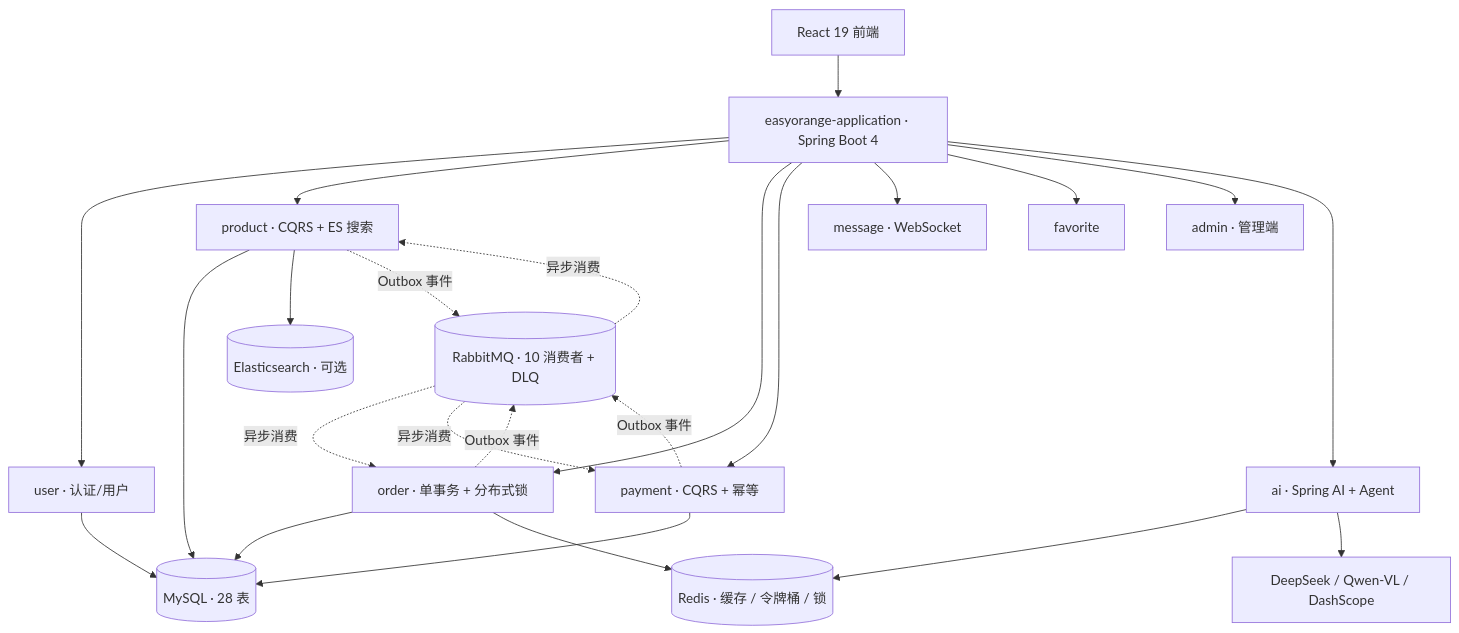
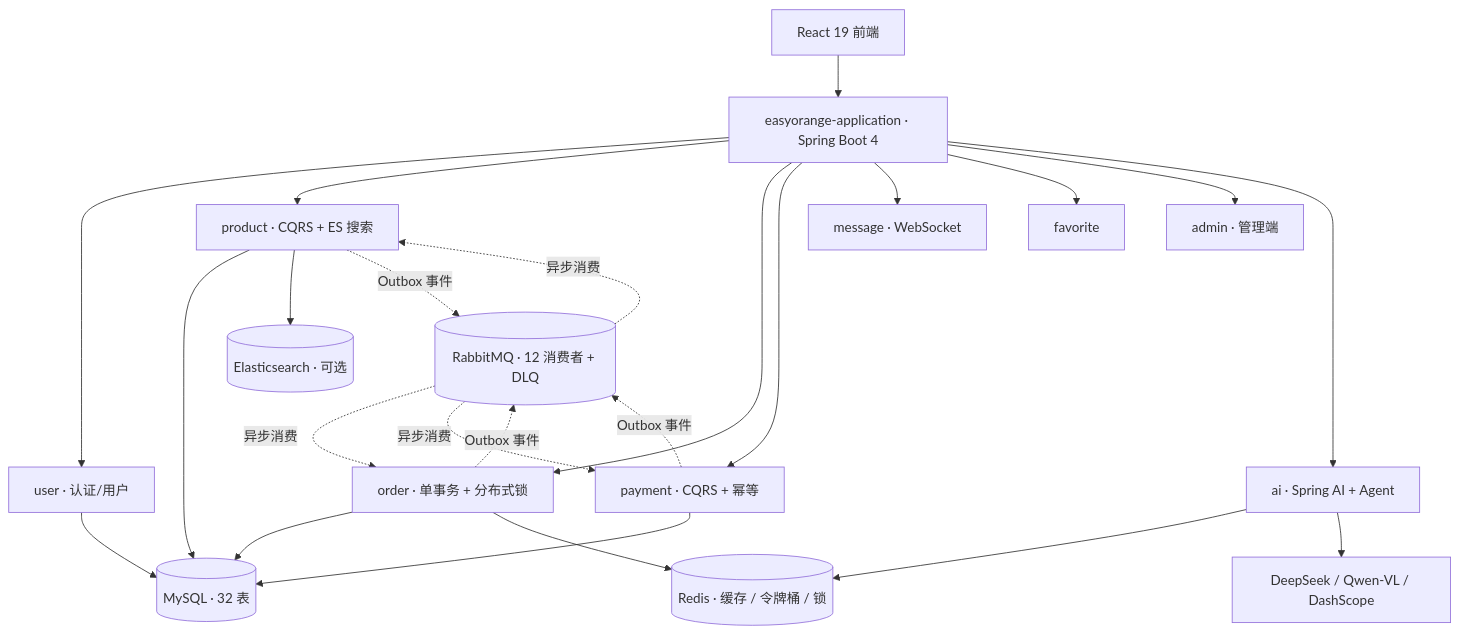
Before and after one commit to 471292781/EasyOrange: the diagram in README.md, drawn with Mermaid. The commit also changed other lines of this file and 5 other files, not shown here.

````diff
--- a/README.md
+++ b/README.md
@@ -28,46 +28,46 @@
 ```mermaid
 flowchart TB
     FE["React 19 前端"]
     APP["easyorange-application · Spring Boot 4"]
     USER["user · 认证/用户"]
     PROD["product · CQRS + ES 搜索"]
     ORD["order · 单事务 + 分布式锁"]
     PAY["payment · CQRS + 幂等"]
     MSG["message · WebSocket"]
     FAV["favorite"]
     ADMIN["admin · 管理端"]
     AI["ai · Spring AI + Agent"]
-    MQ[("RabbitMQ · 10 消费者 + DLQ")]
-    DB[("MySQL · 28 表")]
+    MQ[("RabbitMQ · 12 消费者 + DLQ")]
+    DB[("MySQL · 32 表")]
     REDIS[("Redis · 缓存 / 令牌桶 / 锁")]
     ES[("Elasticsearch · 可选")]
     LLM["DeepSeek / Qwen-VL / DashScope"]
 
     FE --> APP
 
     APP --> USER
     APP --> PROD
     APP --> ORD
     APP --> PAY
     APP --> MSG
     APP --> FAV
     APP --> ADMIN
     APP --> AI
 
     USER --> DB
     PROD --> DB
     ORD --> DB
     PAY --> DB
     PROD --> ES
 
     ORD --> REDIS
     AI --> REDIS
     AI --> LLM
 
     PROD -. "Outbox 事件" .-> MQ
     ORD -. "Outbox 事件" .-> MQ
     PAY -. "Outbox 事件" .-> MQ
     MQ -. "异步消费" .-> PROD
     MQ -. "异步消费" .-> ORD
     MQ -. "异步消费" .-> PAY
 ```
````
